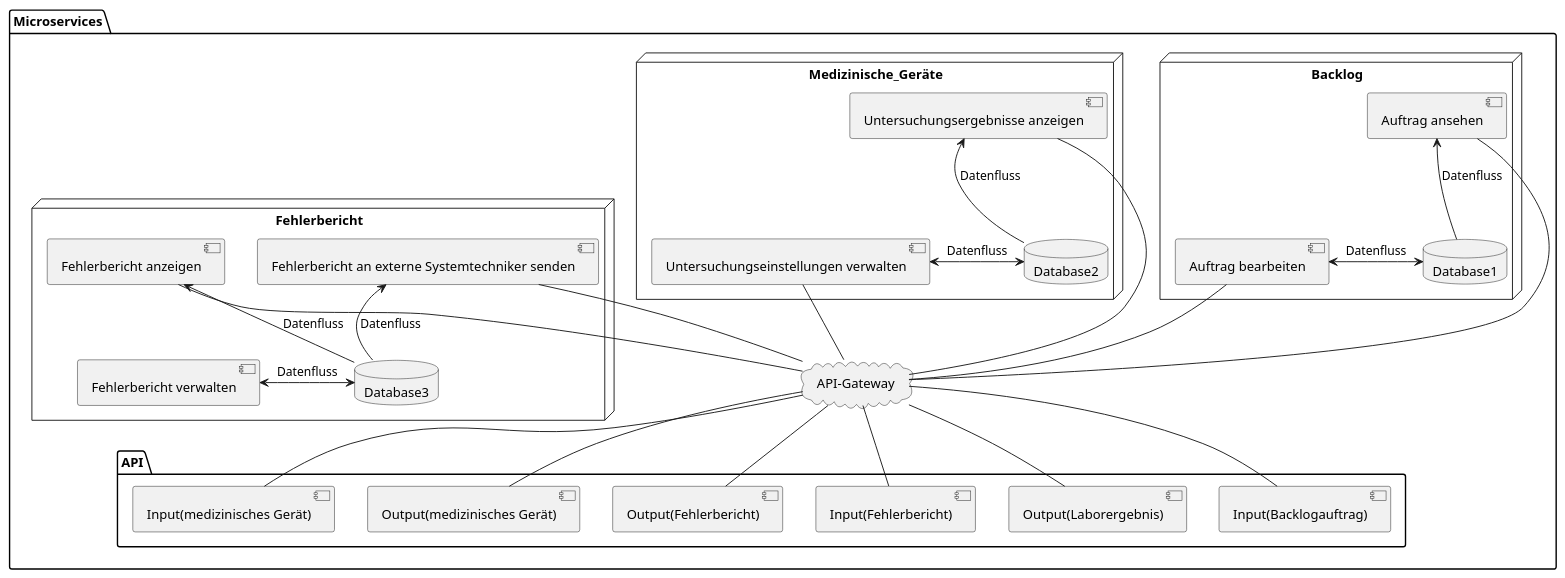
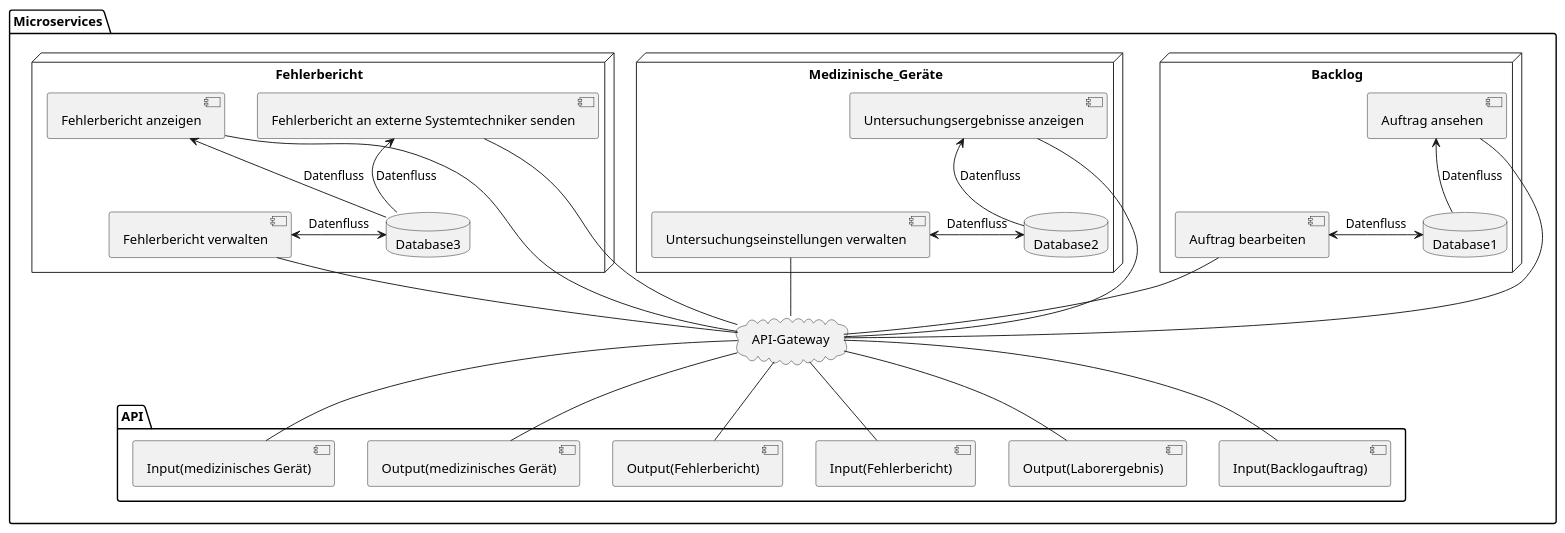
The first of 6 diagrams in docs/5_systemarchitectur/Systemarchitectur.md (fh-erfurt/ss23-kba-project), drawn with PlantUML before and after one commit.

````diff
--- a/docs/5_systemarchitectur/Systemarchitectur.md
+++ b/docs/5_systemarchitectur/Systemarchitectur.md
@@ -76,67 +76,68 @@
 ```plantuml Microservices 
 @startuml
 
 package "Microservices" {
   node "Backlog" {
     [Auftrag bearbeiten]
     [Auftrag ansehen]
 
     database "Database1"{
       [Auftrag ansehen] <-- Database1 : Datenfluss
       [Auftrag bearbeiten] <-> Database1: Datenfluss
     }
   }
 
   node "Medizinische_Geräte" {
     [Untersuchungsergebnisse anzeigen]
     [Untersuchungseinstellungen verwalten]
 
     database "Database2"{
       [Untersuchungsergebnisse anzeigen] <-- Database2 : Datenfluss
       [Untersuchungseinstellungen verwalten] <-> Database2 : Datenfluss
     }
   }
 
   node "Fehlerbericht"{
     [Fehlerbericht verwalten]
     [Fehlerbericht anzeigen]
     [Fehlerbericht an externe Systemtechniker senden]
 
     database "Database3"{
       [Fehlerbericht anzeigen] <-- Database3 : Datenfluss
       [Fehlerbericht an externe Systemtechniker senden] <-- Database3 : Datenfluss
       [Fehlerbericht verwalten] <-> Database3 : Datenfluss
     }
   }
 
   cloud "API-Gateway"
 
   package "API"{
     [Input(medizinisches Gerät)]
     [Output(medizinisches Gerät)]
     [Output(Fehlerbericht)]
     [Input(Fehlerbericht)]
     [Output(Laborergebnis)]
     [Input(Backlogauftrag)]
   }
 }
 
 
 [Untersuchungsergebnisse anzeigen] -down- "API-Gateway"
 [Untersuchungseinstellungen verwalten] -down- "API-Gateway"
 [Fehlerbericht anzeigen] -down- "API-Gateway"
+[Fehlerbericht verwalten] -down- "API-Gateway"
 [Fehlerbericht an externe Systemtechniker senden] -down- "API-Gateway"
 [Auftrag bearbeiten] -down- "API-Gateway"
 [Auftrag ansehen] -down- "API-Gateway"
 
 "API-Gateway" -- [Input(medizinisches Gerät)]
 "API-Gateway" -- [Output(medizinisches Gerät)]
 "API-Gateway" -- [Output(Fehlerbericht)]
 "API-Gateway" -- [Input(Fehlerbericht)]
 "API-Gateway" -- [Output(Laborergebnis)]
 "API-Gateway" -- [Input(Backlogauftrag)]
 
 
 
 @enduml
 ```
````
